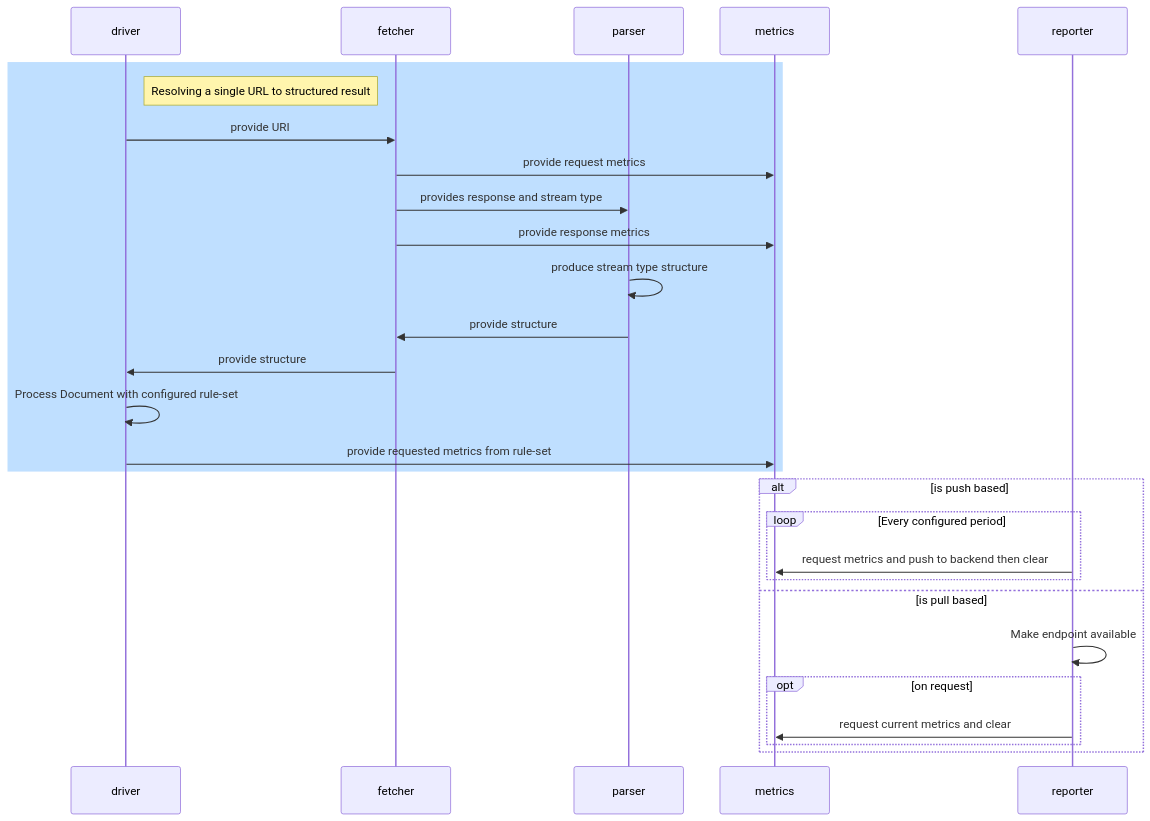
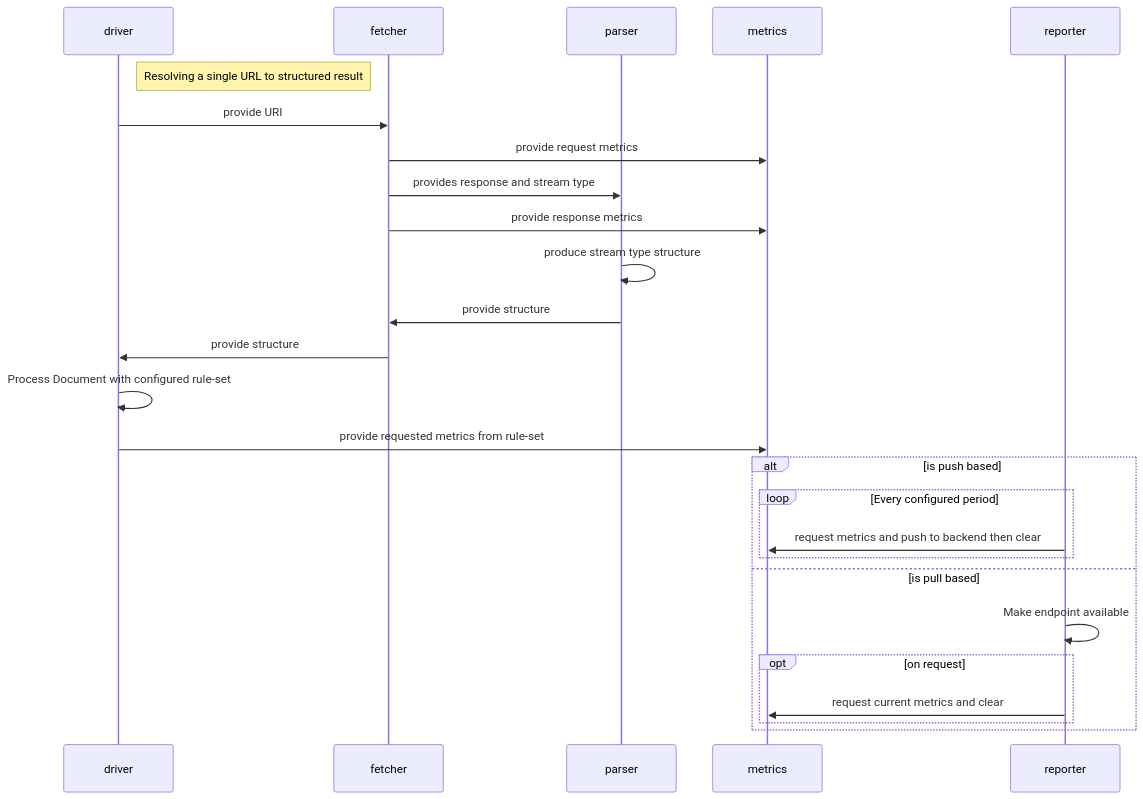
The diagram in DESIGN.md (video-dev/streamlyser), drawn with Mermaid before and after one commit.

Commit message:
Remove rect, dark mode looks horrible.

````diff
--- a/DESIGN.md
+++ b/DESIGN.md
@@ -1,47 +1,42 @@
 ```mermaid
 
 sequenceDiagram
     %% Driver is either the CLI or server daemon of the tool responsible for calling the subsequent units
     participant driver
 
     %% Fetcher is the component responsible for converting a network URL into raw bytes.
     participant fetcher
 
     %% Parser is the component responsible for taking the raw bytes from fetcher and turning it into a structured response 
     %% The structured response can then be given to the driver to decide what to do with it.
     participant parser
 
     %% Metrics is an interface responsible for receiving telemetry in a way that the reporter package can implement. 
     %% Using their specific counters / spans / gauge, etc.
     participant metrics
 
     %% Reporter is the underlying specific reporting toolset collector. Ex: OpenTelemetry, Prometheus, etc.
     participant reporter
     
-    rect rgb(191, 223, 255)
     note right of driver: Resolving a single URL to structured result
-    
     driver->>fetcher: provide URI
     fetcher->>metrics: provide request metrics
     fetcher->>parser: provides response and stream type
     fetcher->>metrics: provide response metrics
     parser->>parser: produce stream type structure
     parser->>fetcher: provide structure
     fetcher->>driver: provide structure
     driver->>driver: Process Document with configured rule-set
     driver->>metrics: provide requested metrics from rule-set
-    end
-
-    
     
     alt is push based
     loop Every configured period
         reporter->>metrics: request metrics and push to backend then clear
     end
     else is pull based 
     reporter->>reporter: Make endpoint available
         opt on request
             reporter->>metrics: request current metrics and clear
         end
     end
 ```
````
